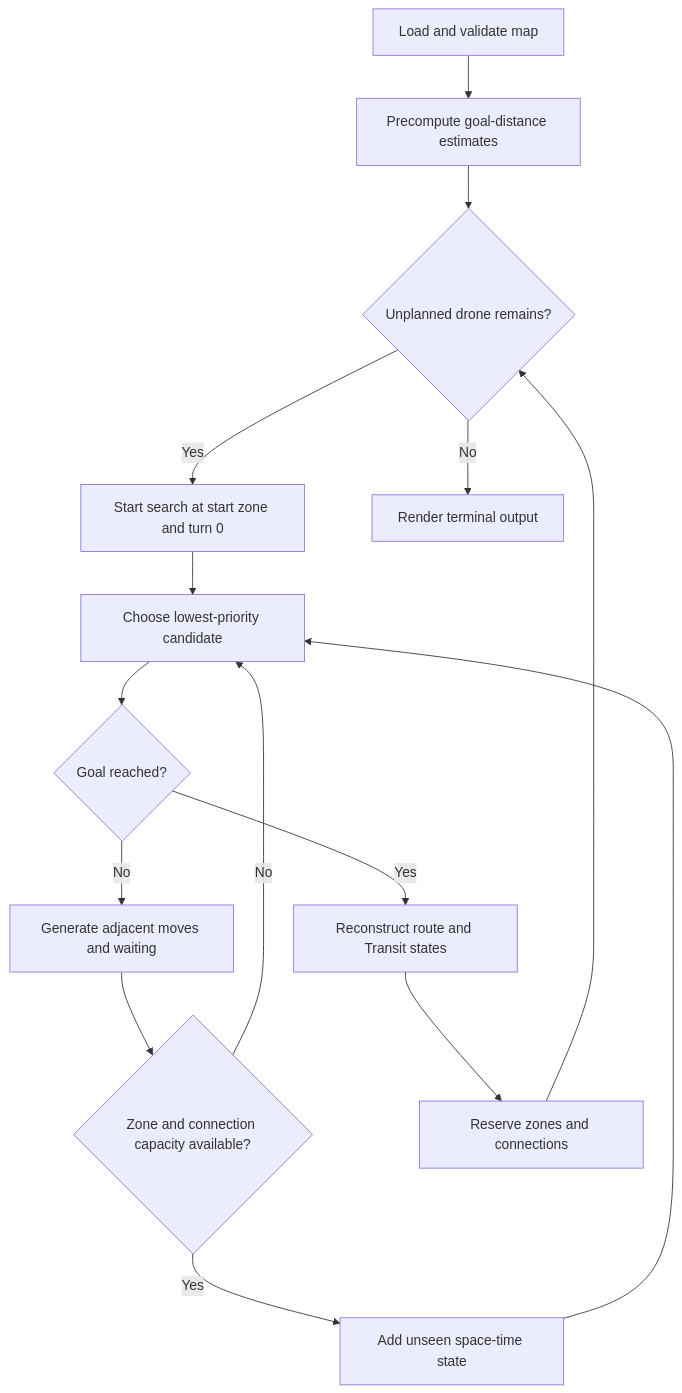
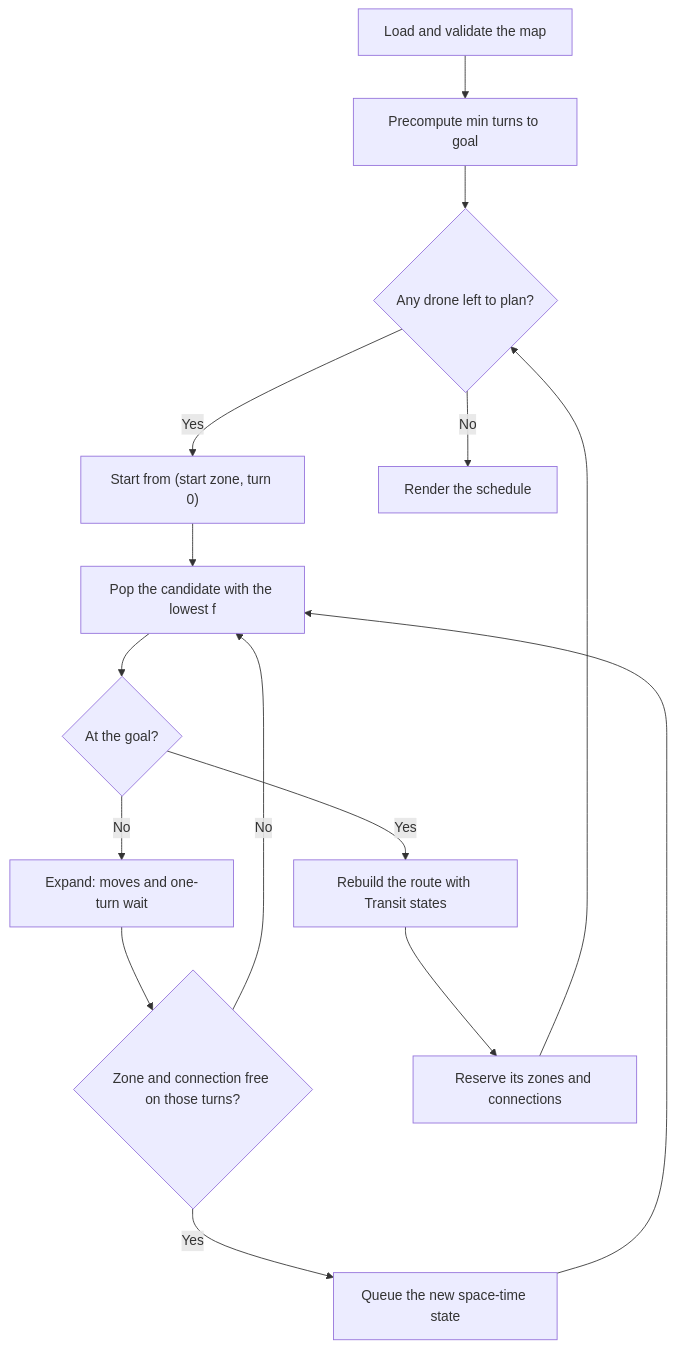
Before and after one commit to tsito2602/42cursus-fly_in: the first of 2 diagrams in README.md, drawn with Mermaid. The commit also changed other lines of this file, not shown here.

```diff
--- a/README.md
+++ b/README.md
@@ -254,17 +170,17 @@
 ~~~mermaid
 flowchart TD
-    A[Load and validate map] --> B[Precompute goal-distance estimates]
-    B --> C{Unplanned drone remains?}
-    C -- Yes --> D[Start search at start zone and turn 0]
-    D --> E[Choose lowest-priority candidate]
-    E --> F{Goal reached?}
-    F -- No --> G[Generate adjacent moves and waiting]
-    G --> H{Zone and connection capacity available?}
+    A[Load and validate the map] --> B[Precompute min turns to goal]
+    B --> C{Any drone left to plan?}
+    C -- Yes --> D["Start from (start zone, turn 0)"]
+    D --> E["Pop the candidate with the lowest f"]
+    E --> F{At the goal?}
+    F -- No --> G["Expand: moves and one-turn wait"]
+    G --> H{Zone and connection free on those turns?}
     H -- No --> E
-    H -- Yes --> I[Add unseen space-time state]
+    H -- Yes --> I[Queue the new space-time state]
     I --> E
-    F -- Yes --> J[Reconstruct route and Transit states]
-    J --> K[Reserve zones and connections]
+    F -- Yes --> J[Rebuild the route with Transit states]
+    J --> K[Reserve its zones and connections]
     K --> C
-    C -- No --> L[Render terminal output]
+    C -- No --> L[Render the schedule]
 ~~~
```
